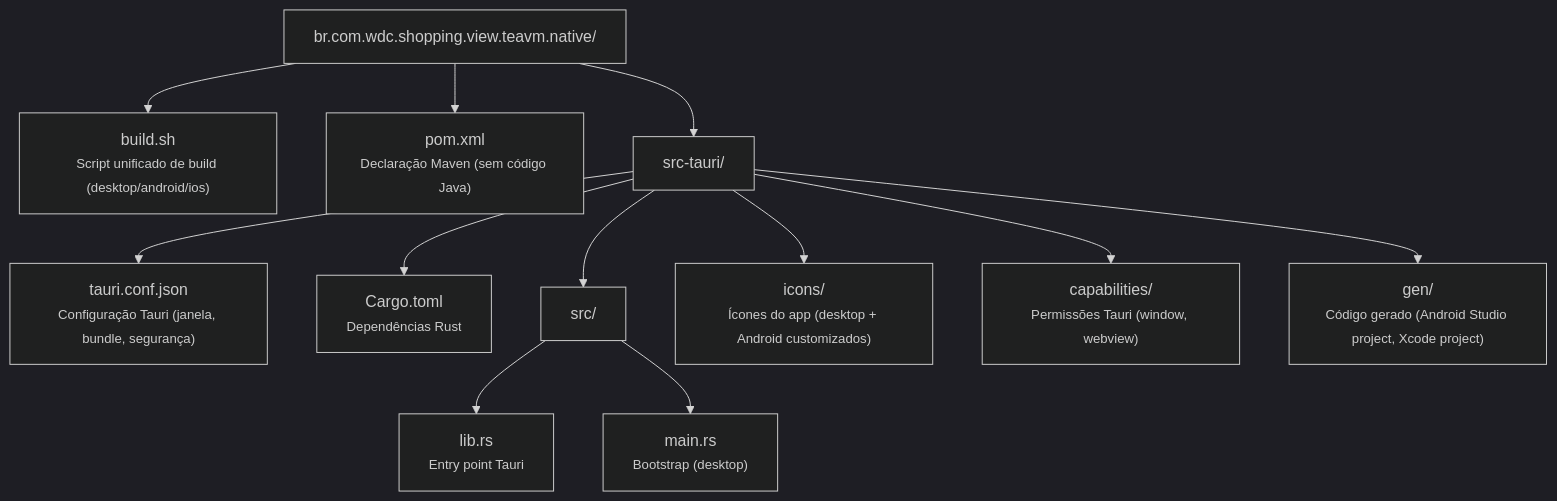
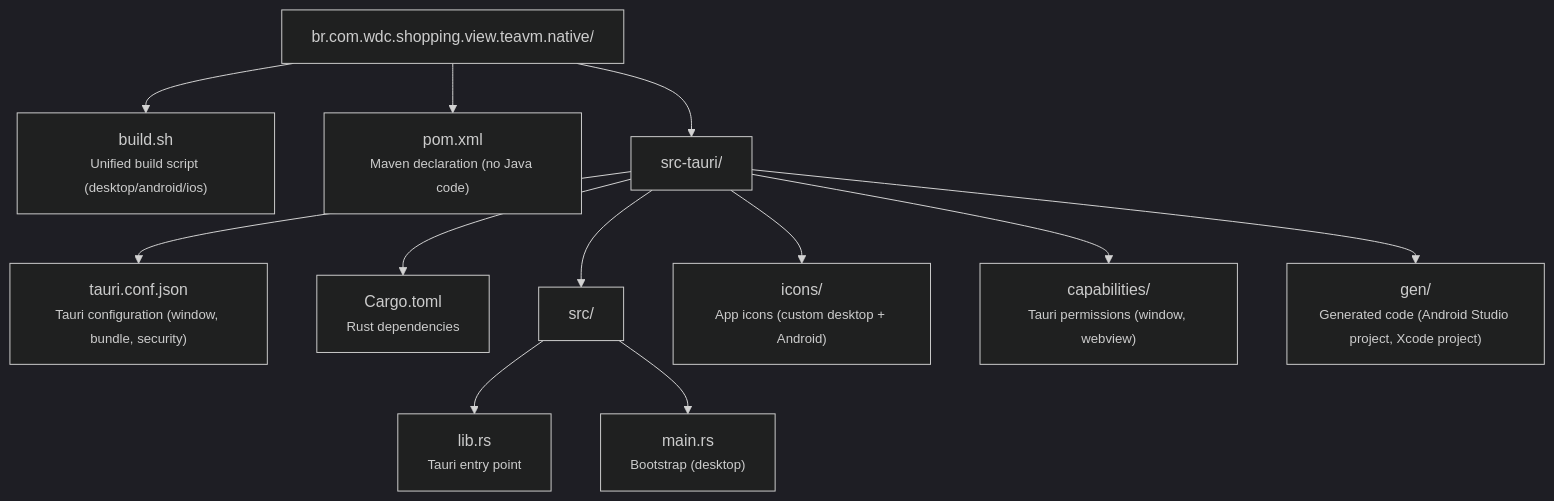
Before and after one commit to mrcdom/wdc-cube-java-v2: the first of 3 diagrams in fontes/br.com.wdc.shopping/br.com.wdc.shopping.view.teavm/teavm.native/README.md, drawn with Mermaid (dark theme). The commit also changed other lines of this file and 69 other files, not shown here.

````diff
--- a/fontes/br.com.wdc.shopping/br.com.wdc.shopping.view.teavm/teavm.native/README.md
+++ b/fontes/br.com.wdc.shopping/br.com.wdc.shopping.view.teavm/teavm.native/README.md
@@ -44,27 +44,27 @@
 ```mermaid
 graph TD
     root["br.com.wdc.shopping.view.teavm.native/"]
-    buildsh["build.sh\n<small>Script unificado de build (desktop/android/ios)</small>"]
-    pom["pom.xml\n<small>Declaração Maven (sem código Java)</small>"]
+    buildsh["build.sh\n<small>Unified build script (desktop/android/ios)</small>"]
+    pom["pom.xml\n<small>Maven declaration (no Java code)</small>"]
     srcTauri["src-tauri/"]
-    tauriConf["tauri.conf.json\n<small>Configuração Tauri (janela, bundle, segurança)</small>"]
-    cargoToml["Cargo.toml\n<small>Dependências Rust</small>"]
+    tauriConf["tauri.conf.json\n<small>Tauri configuration (window, bundle, security)</small>"]
+    cargoToml["Cargo.toml\n<small>Rust dependencies</small>"]
     src["src/"]
-    libRs["lib.rs\n<small>Entry point Tauri</small>"]
+    libRs["lib.rs\n<small>Tauri entry point</small>"]
     mainRs["main.rs\n<small>Bootstrap (desktop)</small>"]
-    icons["icons/\n<small>Ícones do app (desktop + Android customizados)</small>"]
-    capabilities["capabilities/\n<small>Permissões Tauri (window, webview)</small>"]
-    gen["gen/\n<small>Código gerado (Android Studio project, Xcode project)</small>"]
+    icons["icons/\n<small>App icons (custom desktop + Android)</small>"]
+    capabilities["capabilities/\n<small>Tauri permissions (window, webview)</small>"]
+    gen["gen/\n<small>Generated code (Android Studio project, Xcode project)</small>"]
 
     root --> buildsh
     root --> pom
     root --> srcTauri
     srcTauri --> tauriConf
     srcTauri --> cargoToml
     srcTauri --> src
     srcTauri --> icons
     srcTauri --> capabilities
     srcTauri --> gen
     src --> libRs
     src --> mainRs
 ```
````
